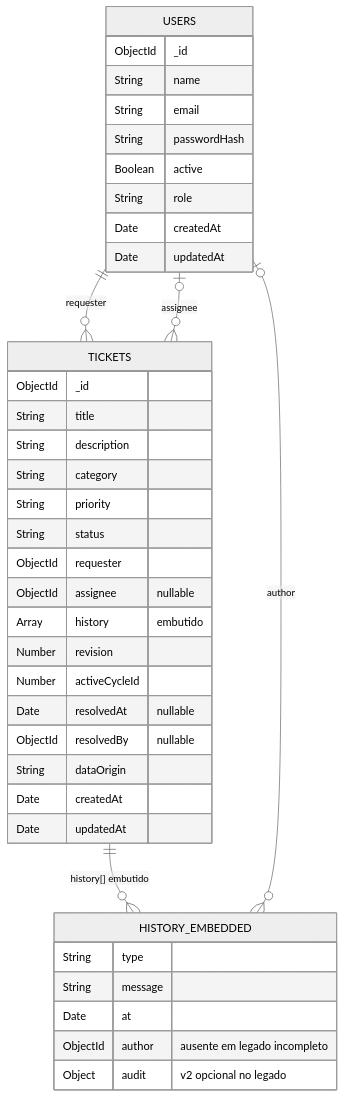
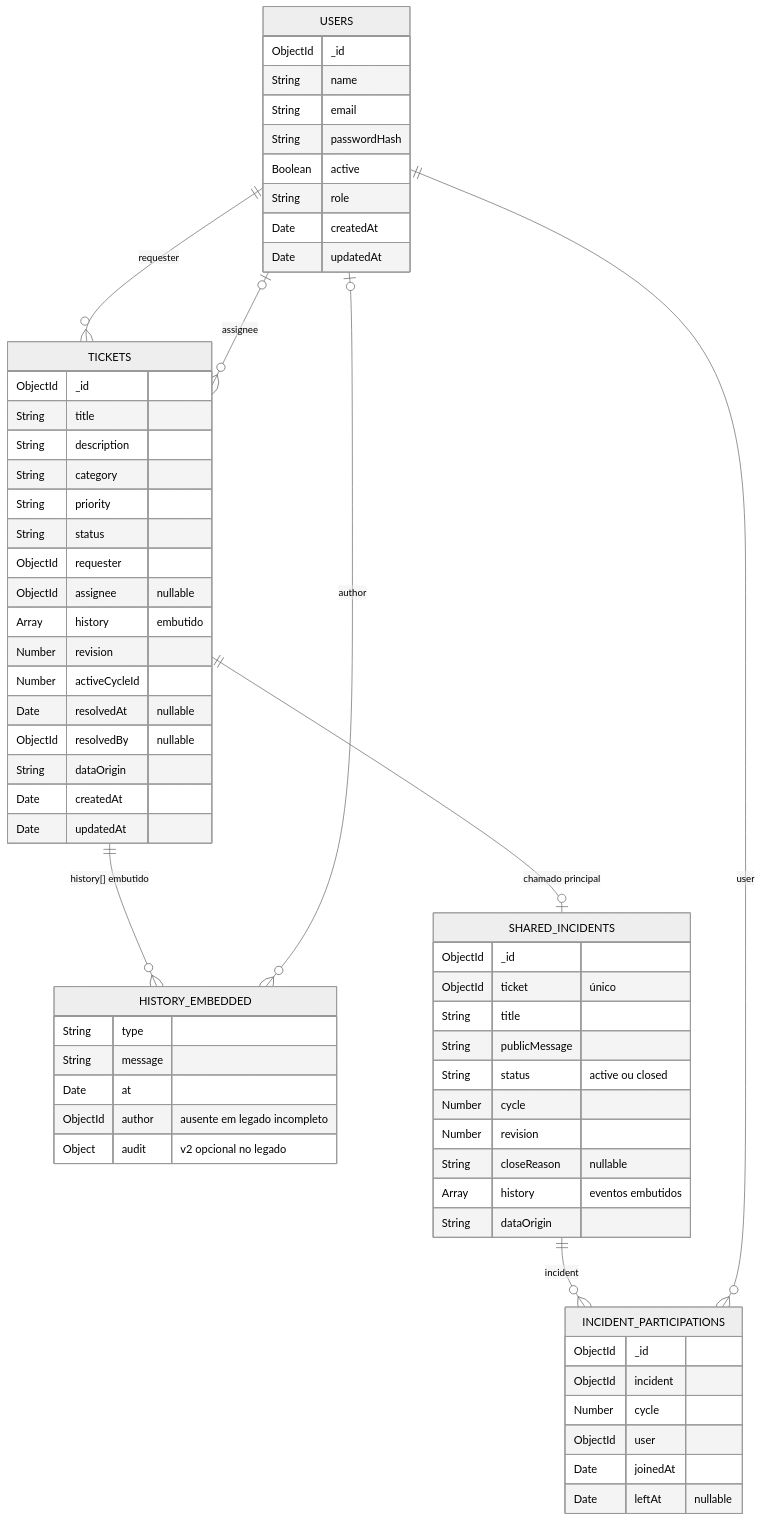
The second of 2 diagrams in docs/02-arquitetura-e-dados.md (FIDEL7Z/it-helpdesk), drawn with Mermaid (neutral theme) before and after one commit. The commit also changed other lines of this file and 6 other files, not shown here.

````diff
--- a/docs/02-arquitetura-e-dados.md
+++ b/docs/02-arquitetura-e-dados.md
@@ -39,42 +39,65 @@
 ```mermaid
 erDiagram
   USERS ||--o{ TICKETS : requester
   USERS o|--o{ TICKETS : assignee
   TICKETS ||--o{ HISTORY_EMBEDDED : "history[] embutido"
   USERS o|--o{ HISTORY_EMBEDDED : author
+  TICKETS ||--o| SHARED_INCIDENTS : "chamado principal"
+  SHARED_INCIDENTS ||--o{ INCIDENT_PARTICIPATIONS : incident
+  USERS ||--o{ INCIDENT_PARTICIPATIONS : user
   USERS {
     ObjectId _id
     String name
     String email
     String passwordHash
     Boolean active
     String role
     Date createdAt
     Date updatedAt
   }
   TICKETS {
     ObjectId _id
     String title
     String description
     String category
     String priority
     String status
     ObjectId requester
     ObjectId assignee "nullable"
     Array history "embutido"
     Number revision
     Number activeCycleId
     Date resolvedAt "nullable"
     ObjectId resolvedBy "nullable"
     String dataOrigin
     Date createdAt
     Date updatedAt
   }
   HISTORY_EMBEDDED {
     String type
     String message
     Date at
     ObjectId author "ausente em legado incompleto"
     Object audit "v2 opcional no legado"
   }
+  SHARED_INCIDENTS {
+    ObjectId _id
+    ObjectId ticket "único"
+    String title
+    String publicMessage
+    String status "active ou closed"
+    Number cycle
+    Number revision
+    String closeReason "nullable"
+    Array history "eventos embutidos"
+    String dataOrigin
+  }
+  INCIDENT_PARTICIPATIONS {
+    ObjectId _id
+    ObjectId incident
+    Number cycle
+    ObjectId user
+    Date joinedAt
+    Date leftAt "nullable"
+  }
 ```
````
